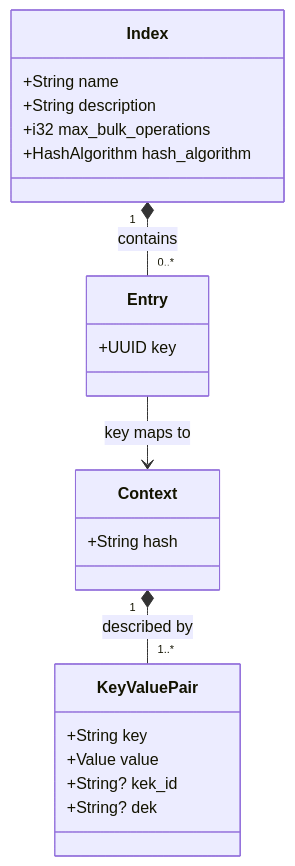
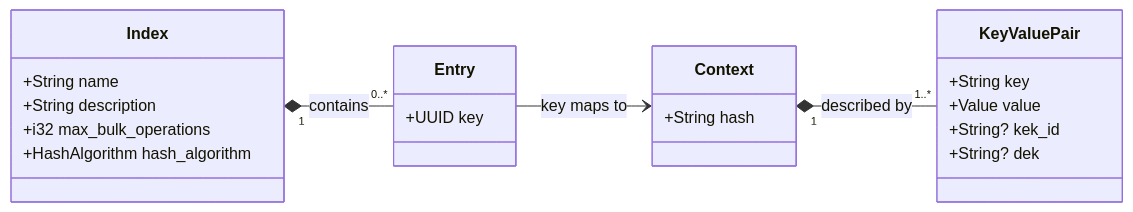
Before and after one commit to cperfect/udex: the diagram in README.md, drawn with Mermaid.

Commit message:
chore(docs): Improves class diagram readability
Configures the Mermaid class diagram to render from left-to-right, enhancing the visual flow and comprehension of the core domain concepts presented in the README.

````diff
--- a/README.md
+++ b/README.md
@@ -57,25 +57,26 @@
 ```mermaid
 classDiagram
+    direction LR
     class Index {
         +String name
         +String description
         +i32 max_bulk_operations
         +HashAlgorithm hash_algorithm
     }
     class Entry {
         +UUID key
     }
     class Context {
         +String hash
     }
     class KeyValuePair {
         +String key
         +Value value
         +String? kek_id
         +String? dek
     }
 
     Index "1" *-- "0..*" Entry : contains
     Entry --> Context : key maps to
     Context "1" *-- "1..*" KeyValuePair : described by
 ```
````
